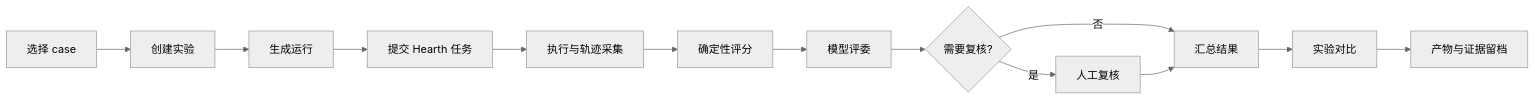
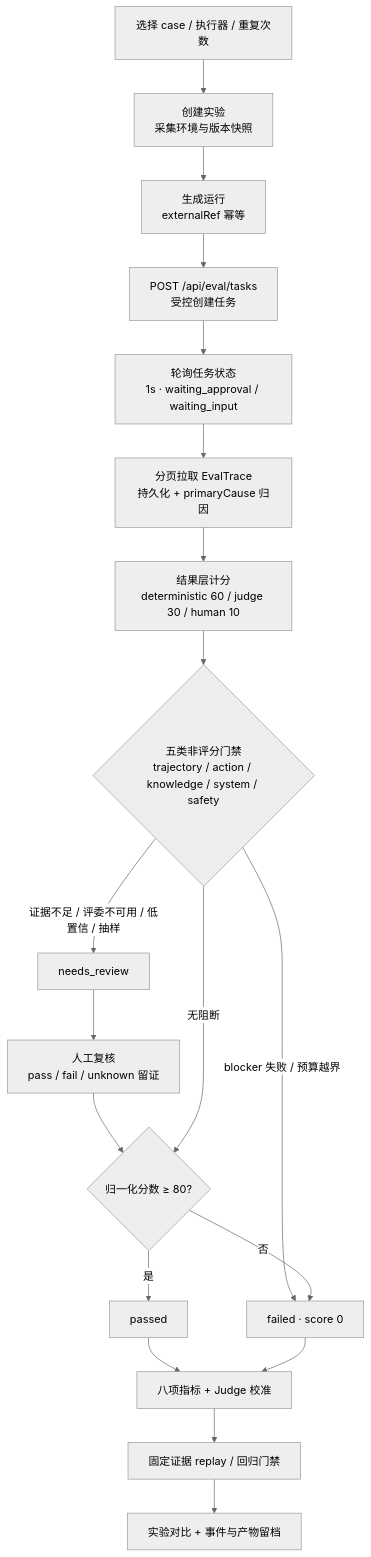
Before and after one commit to hearthproject/hearth-eval: the first of 2 diagrams in README.md, drawn with Mermaid (neutral theme). The commit also changed other lines of this file, not shown here.

````diff
--- a/README.md
+++ b/README.md
@@ -148,15 +181,21 @@
 ```mermaid
-flowchart LR
-  A[选择 case] --> B[创建实验]
-  B --> C[生成运行]
-  C --> D[提交 Hearth 任务]
-  D --> E[执行与轨迹采集]
-  E --> F[确定性评分]
-  F --> G[模型评委]
-  G --> H{需要复核?}
-  H -- 是 --> I[人工复核]
-  H -- 否 --> J[汇总结果]
-  I --> J
-  J --> K[实验对比]
-  K --> L[产物与证据留档]
+flowchart TD
+  A["选择 case / 执行器 / 重复次数"] --> B["创建实验<br/>采集环境与版本快照"]
+  B --> C["生成运行<br/>externalRef 幂等"]
+  C --> D["POST /api/eval/tasks<br/>受控创建任务"]
+  D --> E["轮询任务状态<br/>1s · waiting_approval / waiting_input"]
+  E --> F["分页拉取 EvalTrace<br/>持久化 + primaryCause 归因"]
+  F --> G["结果层计分<br/>deterministic 60 / judge 30 / human 10"]
+  G --> H{"五类非评分门禁<br/>trajectory / action / knowledge / system / safety"}
+  H -->|"blocker 失败 / 预算越界"| I["failed · score 0"]
+  H -->|"证据不足 / 评委不可用 / 低置信 / 抽样"| J["needs_review"]
+  J --> K["人工复核<br/>pass / fail / unknown 留证"]
+  K --> L{"归一化分数 ≥ 80?"}
+  H -->|"无阻断"| L
+  L -->|"是"| M["passed"]
+  L -->|"否"| I
+  M --> N["八项指标 + Judge 校准"]
+  I --> N
+  N --> O["固定证据 replay / 回归门禁"]
+  O --> P["实验对比 + 事件与产物留档"]
 ```
````
